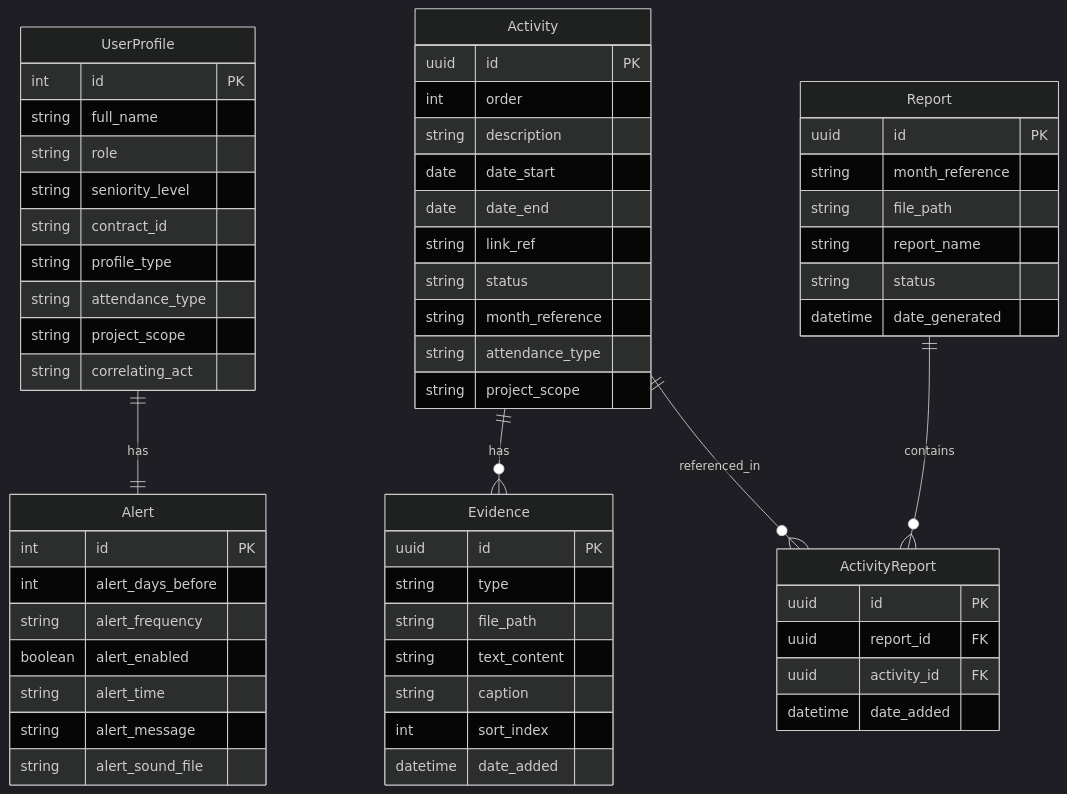
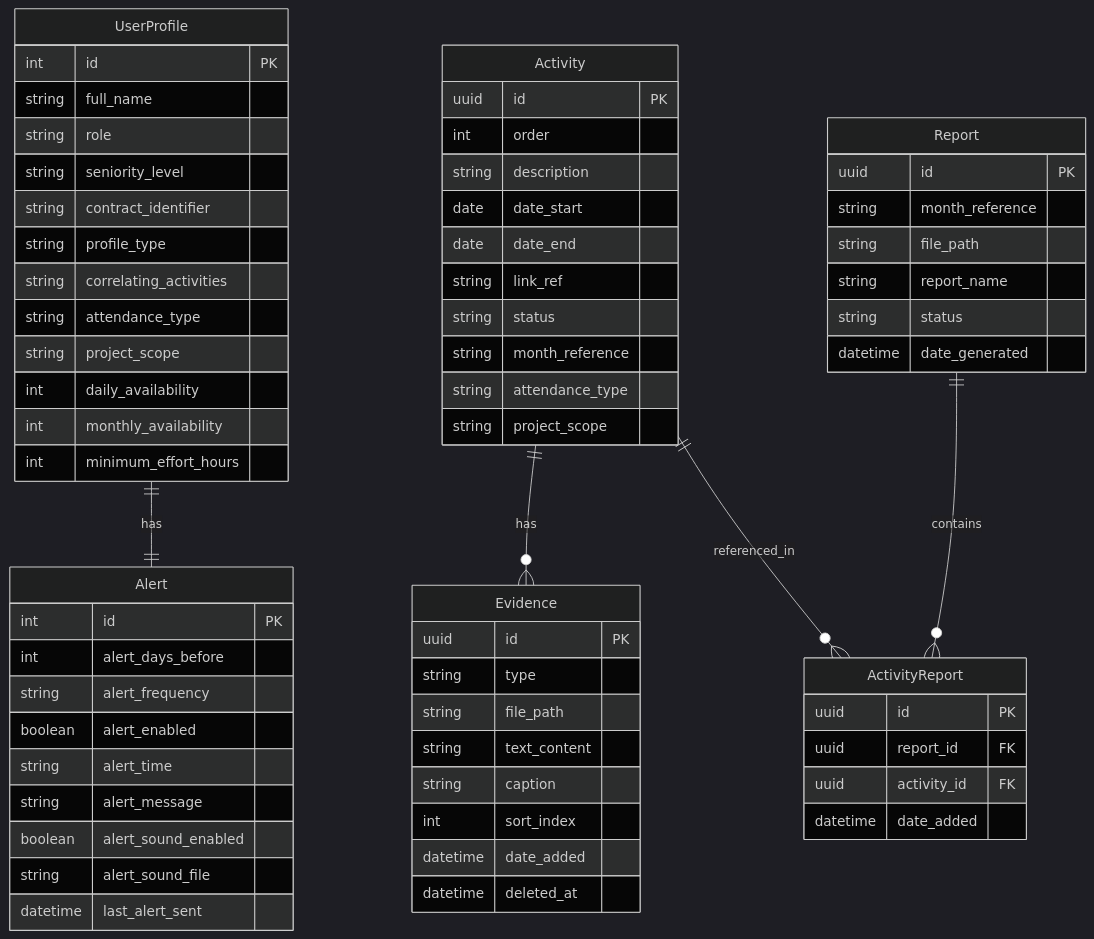
Before and after one commit to NeuronioAzul/shipit: the diagram in docs/DEVELOPMENT.md, drawn with Mermaid (dark theme). The commit also changed other lines of this file and 62 other files, not shown here.

````diff
--- a/docs/DEVELOPMENT.md
+++ b/docs/DEVELOPMENT.md
@@ -210,64 +217,70 @@
 ```mermaid
 erDiagram
     UserProfile ||--|| Alert : has
     UserProfile {
         int id PK
         string full_name
         string role
         string seniority_level
-        string contract_id
+        string contract_identifier
         string profile_type
+        string correlating_activities
         string attendance_type
         string project_scope
-        string correlating_act
+        int daily_availability
+        int monthly_availability
+        int minimum_effort_hours
     }
     Alert {
         int id PK
         int alert_days_before
         string alert_frequency
         boolean alert_enabled
         string alert_time
         string alert_message
+        boolean alert_sound_enabled
         string alert_sound_file
+        datetime last_alert_sent
     }
 
     Activity ||--o{ Evidence : has
     Activity {
         uuid id PK
         int order
         string description
         date date_start
         date date_end
         string link_ref
         string status
         string month_reference
         string attendance_type
         string project_scope
     }
     Evidence {
         uuid id PK
         string type
         string file_path
         string text_content
         string caption
         int sort_index
         datetime date_added
+        datetime deleted_at
     }
 
     Report ||--o{ ActivityReport : contains
     Report {
         uuid id PK
         string month_reference
         string file_path
         string report_name
         string status
         datetime date_generated
     }
     ActivityReport {
         uuid id PK
         uuid report_id FK
         uuid activity_id FK
         datetime date_added
     }
     Activity ||--o{ ActivityReport : referenced_in
 ```
````
